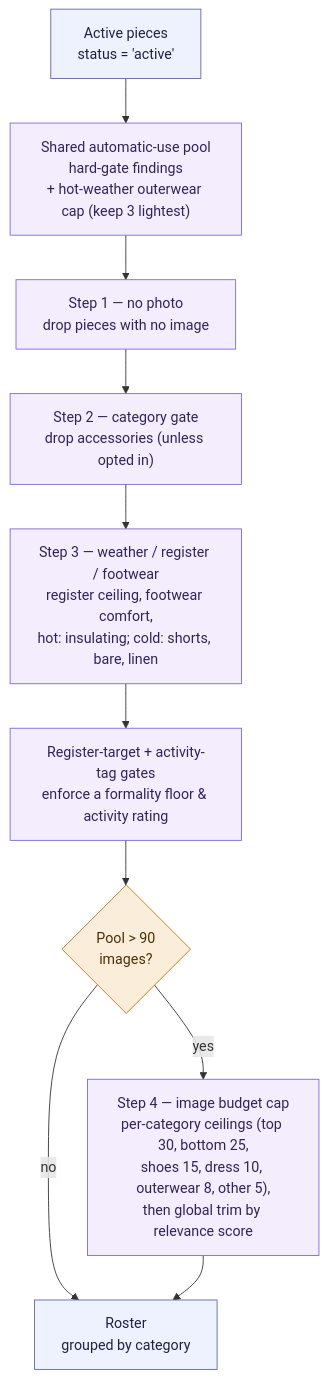
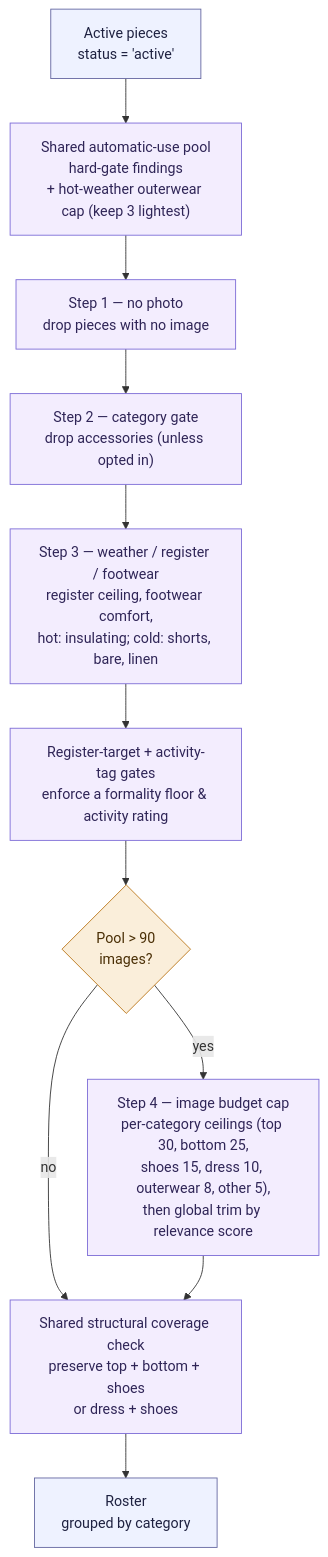
Before and after one commit to yunap/closet: the third of 4 diagrams in docs/flows/use-my-wardrobe.md, drawn with Mermaid. The commit also changed other lines of this file and 20 other files, not shown here.

````diff
--- a/docs/flows/use-my-wardrobe.md
+++ b/docs/flows/use-my-wardrobe.md
@@ -99,18 +103,19 @@
 ```mermaid
 flowchart TD
     P["Active pieces<br/>status = 'active'"] --> S["Shared automatic-use pool<br/>hard-gate findings<br/>+ hot-weather outerwear cap (keep 3 lightest)"]
     S --> S1["Step 1 — no photo<br/>drop pieces with no image"]
     S1 --> S2["Step 2 — category gate<br/>drop accessories (unless opted in)"]
     S2 --> S3["Step 3 — weather / register / footwear<br/>register ceiling, footwear comfort,<br/>hot: insulating; cold: shorts, bare, linen"]
     S3 --> S4["Register-target + activity-tag gates<br/>enforce a formality floor & activity rating"]
     S4 --> CAP{"Pool > 90<br/>images?"}
-    CAP -->|no| R["Roster<br/>grouped by category"]
-    CAP -->|yes| CAT["Step 4 — image budget cap<br/>per-category ceilings (top 30, bottom 25,<br/>shoes 15, dress 10, outerwear 8, other 5),<br/>then global trim by relevance score"] --> R
+    CAP -->|no| COVER["Shared structural coverage check<br/>preserve top + bottom + shoes<br/>or dress + shoes"]
+    CAP -->|yes| CAT["Step 4 — image budget cap<br/>per-category ceilings (top 30, bottom 25,<br/>shoes 15, dress 10, outerwear 8, other 5),<br/>then global trim by relevance score"] --> COVER
+    COVER --> R["Roster<br/>grouped by category"]
 
     classDef rules fill:#f3edfe,stroke:#7c6bd6,color:#2f2557;
     classDef check fill:#faeeda,stroke:#ba7517,color:#4a2f06;
     classDef app fill:#eef2ff,stroke:#6366a0,color:#1e2140;
     class P,R app;
-    class S,S1,S2,S3,S4,CAT rules;
+    class S,S1,S2,S3,S4,CAT,COVER rules;
     class CAP check;
 ```
````
